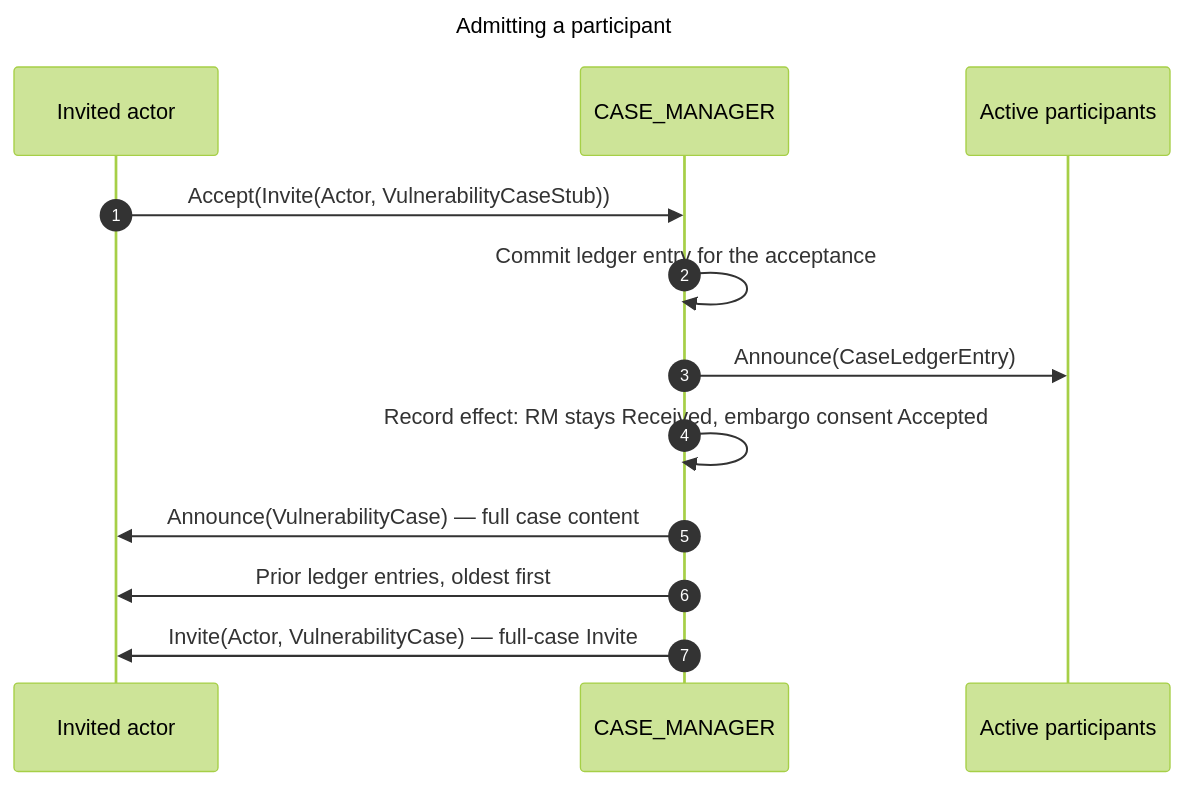
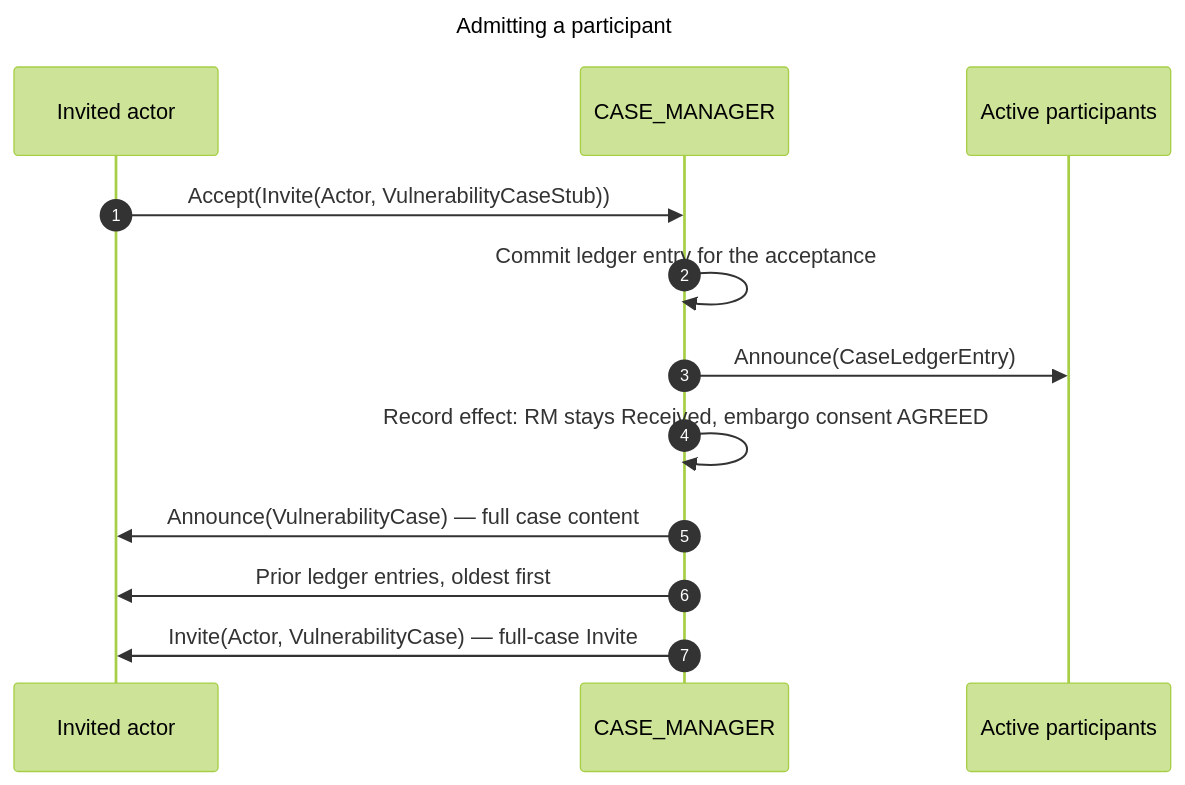
One commit to CERTCC/Vultron changed the diagram in docs/reference/vultron-spec/_model-interactions.md. Above: the diagram before and after it, drawn with Mermaid (forest theme). The commit also changed other lines of this file and 23 other files, not shown here.

First line of the commit message:
docs: describe the embargo register, per-embargo consent and the ledger copy model (#4296)

````diff
--- a/docs/reference/vultron-spec/_model-interactions.md
+++ b/docs/reference/vultron-spec/_model-interactions.md
@@ -22,18 +22,18 @@
 ```mermaid
 ---
 title: Admitting a participant
 ---
 sequenceDiagram
     autonumber
     participant I as Invited actor
     participant CM as CASE_MANAGER
     participant P as Active participants
 
     I->>CM: Accept(Invite(Actor, VulnerabilityCaseStub))
     CM->>CM: Commit ledger entry for the acceptance
     CM->>P: Announce(CaseLedgerEntry)
-    CM->>CM: Record effect: RM stays Received, embargo consent Accepted
+    CM->>CM: Record effect: RM stays Received, embargo consent AGREED
     CM->>I: Announce(VulnerabilityCase) — full case content
     CM->>I: Prior ledger entries, oldest first
     CM->>I: Invite(Actor, VulnerabilityCase) — full-case Invite
 ```
````
